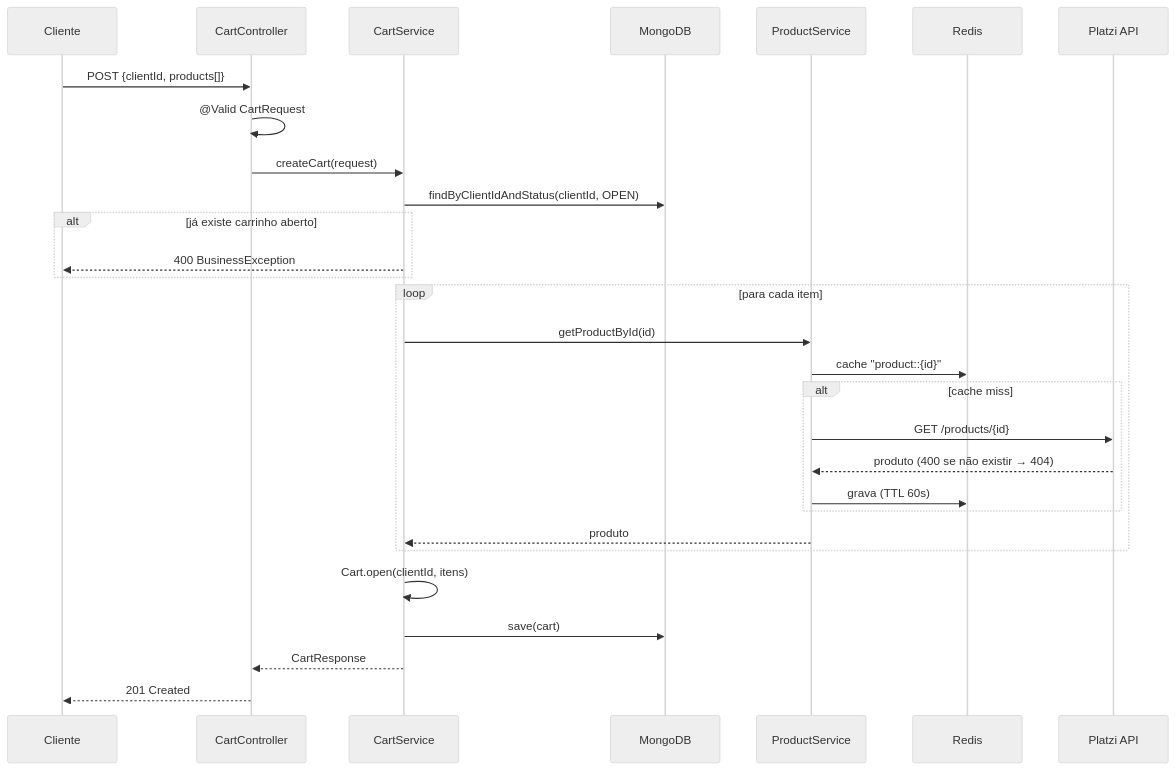
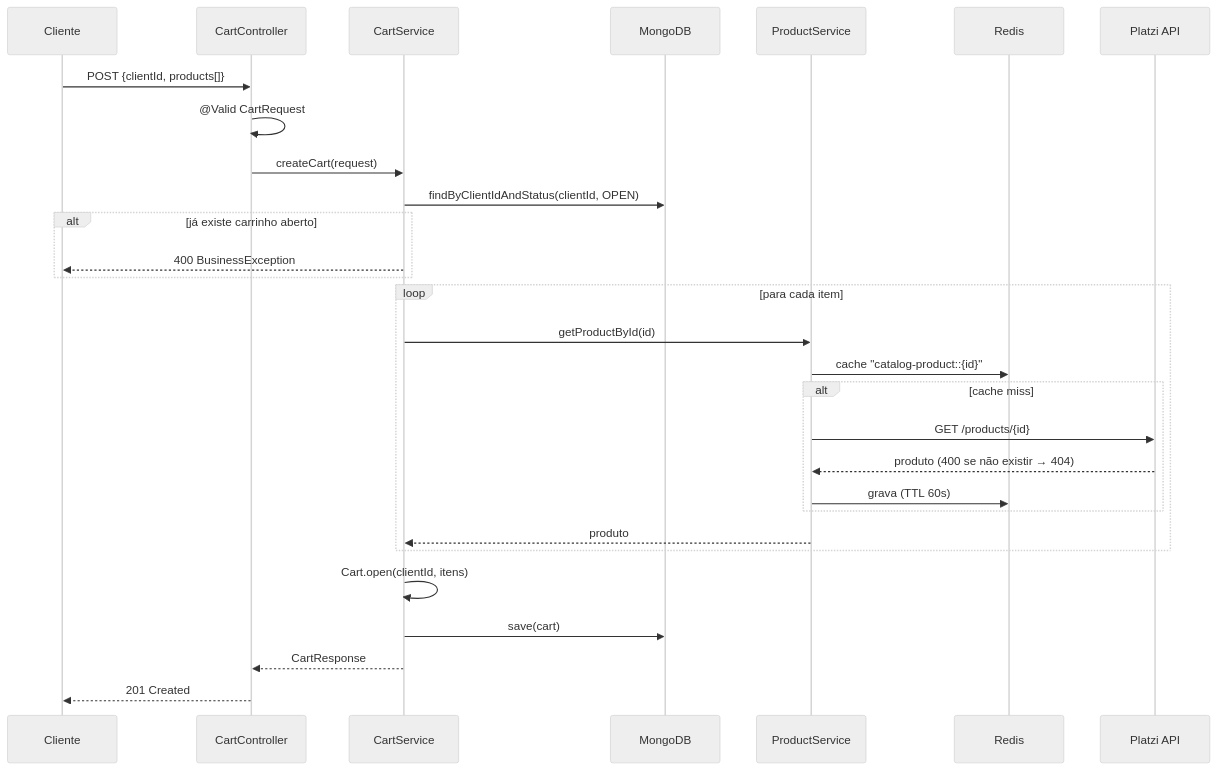
The fourth of 4 diagrams in docs/ARCHITECTURE.md (CarlosLonghi/API-ExpressCart), drawn with Mermaid (neutral theme) before and after one commit. The commit also changed other lines of this file and 6 other files, not shown here.

````diff
--- a/docs/ARCHITECTURE.md
+++ b/docs/ARCHITECTURE.md
@@ -135,32 +135,32 @@
 ```mermaid
 sequenceDiagram
     participant C as Cliente
     participant CC as CartController
     participant CS as CartService
     participant DB as MongoDB
     participant PS as ProductService
     participant R as Redis
     participant P as Platzi API
 
     C->>CC: POST {clientId, products[]}
     CC->>CC: @Valid CartRequest
     CC->>CS: createCart(request)
     CS->>DB: findByClientIdAndStatus(clientId, OPEN)
     alt já existe carrinho aberto
         CS-->>C: 400 BusinessException
     end
     loop para cada item
         CS->>PS: getProductById(id)
-        PS->>R: cache "product::{id}"
+        PS->>R: cache "catalog-product::{id}"
         alt cache miss
             PS->>P: GET /products/{id}
             P-->>PS: produto (400 se não existir → 404)
             PS->>R: grava (TTL 60s)
         end
         PS-->>CS: produto
     end
     CS->>CS: Cart.open(clientId, itens)
     CS->>DB: save(cart)
     CS-->>CC: CartResponse
     CC-->>C: 201 Created
 ```
````
